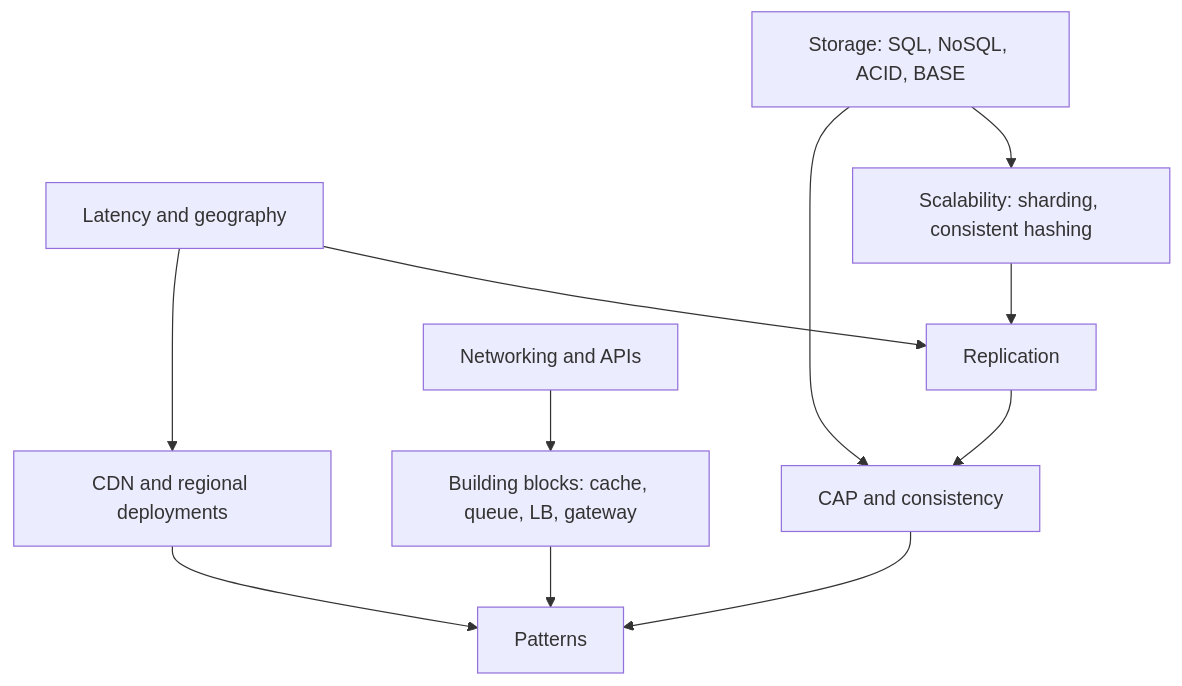
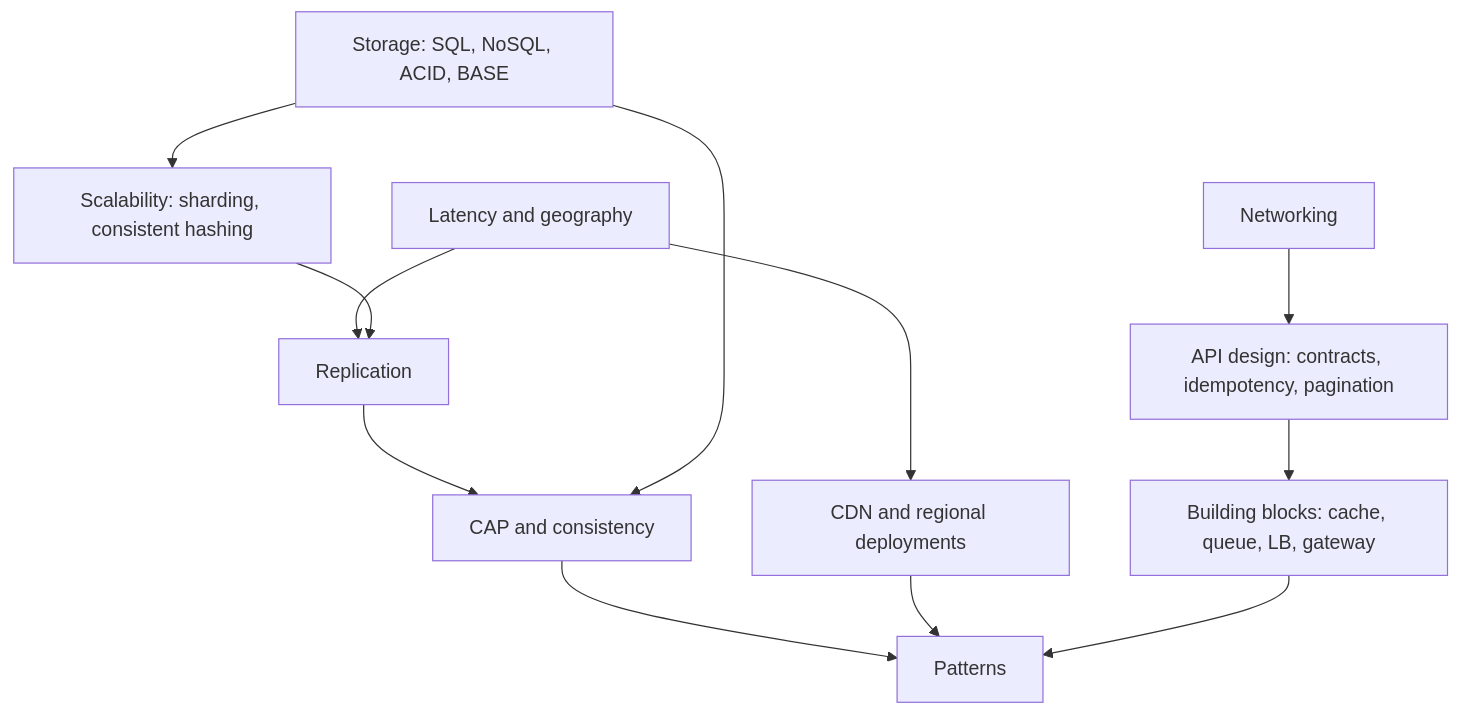
The second of 2 diagrams in notes/system-design/README.md (Valentina17varela/software-craftsmanship), drawn with Mermaid before and after one commit. The commit also changed other lines of this file and 4 other files, not shown here.

````diff
--- a/notes/system-design/README.md
+++ b/notes/system-design/README.md
@@ -27,13 +25,14 @@
 ```mermaid
 flowchart TD
     LAT[Latency and geography] --> REP[Replication]
     LAT --> CDN[CDN and regional deployments]
     STO[Storage: SQL, NoSQL, ACID, BASE] --> SCA[Scalability: sharding, consistent hashing]
     SCA --> REP
     REP --> CAP[CAP and consistency]
     STO --> CAP
     CAP --> PAT[Patterns]
     CDN --> PAT
     BB[Building blocks: cache, queue, LB, gateway] --> PAT
-    NET[Networking and APIs] --> BB
+    NET[Networking] --> API[API design: contracts, idempotency, pagination]
+    API --> BB
 ```
````
